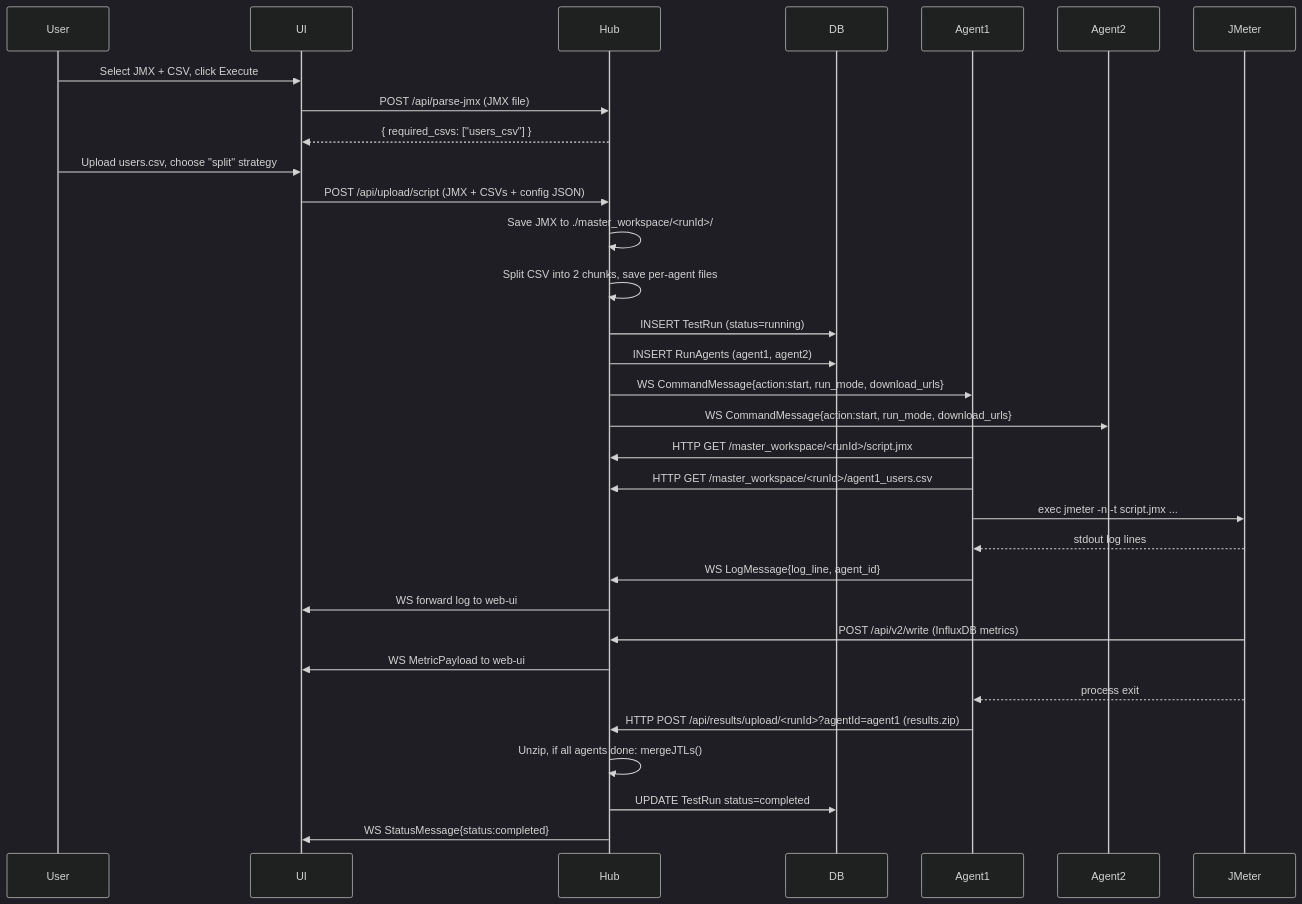
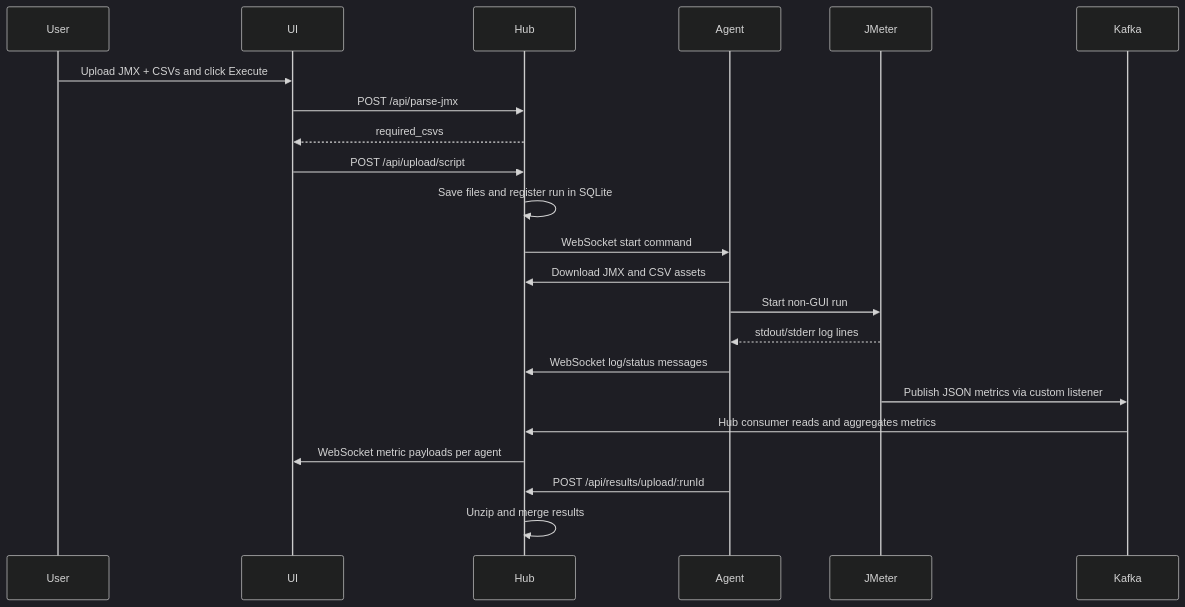
Before and after one commit to theYedhuBabu/JMeter-UI-Executor: the second of 2 diagrams in README.md, drawn with Mermaid (dark theme). The commit also changed other lines of this file and 9 other files, not shown here.

Commit message:
removed influx line protocol deps

````diff
--- a/README.md
+++ b/README.md
@@ -95,35 +144,25 @@
 ```mermaid
 sequenceDiagram
-    participant User
-    participant UI
-    participant Hub
-    participant DB
-    participant Agent1
-    participant Agent2
-    participant JMeter
+      participant User
+      participant UI
+      participant Hub
+      participant Agent
+      participant JMeter
+      participant Kafka
 
-    User->>UI: Select JMX + CSV, click Execute
-    UI->>Hub: POST /api/parse-jmx (JMX file)
-    Hub-->>UI: { required_csvs: ["users_csv"] }
-    User->>UI: Upload users.csv, choose "split" strategy
-    UI->>Hub: POST /api/upload/script (JMX + CSVs + config JSON)
-    Hub->>Hub: Save JMX to ./master_workspace/<runId>/
-    Hub->>Hub: Split CSV into 2 chunks, save per-agent files
-    Hub->>DB: INSERT TestRun (status=running)
-    Hub->>DB: INSERT RunAgents (agent1, agent2)
-    Hub->>Agent1: WS CommandMessage{action:start, run_mode, download_urls}
-    Hub->>Agent2: WS CommandMessage{action:start, run_mode, download_urls}
-    Agent1->>Hub: HTTP GET /master_workspace/<runId>/script.jmx
-    Agent1->>Hub: HTTP GET /master_workspace/<runId>/agent1_users.csv
-    Agent1->>JMeter: exec jmeter -n -t script.jmx ...
-    JMeter-->>Agent1: stdout log lines
-    Agent1->>Hub: WS LogMessage{log_line, agent_id}
-    Hub->>UI: WS forward log to web-ui
-    JMeter->>Hub: POST /api/v2/write (InfluxDB metrics)
-    Hub->>UI: WS MetricPayload to web-ui
-    JMeter-->>Agent1: process exit
-    Agent1->>Hub: HTTP POST /api/results/upload/<runId>?agentId=agent1 (results.zip)
-    Hub->>Hub: Unzip, if all agents done: mergeJTLs()
-    Hub->>DB: UPDATE TestRun status=completed
-    Hub->>UI: WS StatusMessage{status:completed}
+      User->>UI: Upload JMX + CSVs and click Execute
+      UI->>Hub: POST /api/parse-jmx
+      Hub-->>UI: required_csvs
+      UI->>Hub: POST /api/upload/script
+      Hub->>Hub: Save files and register run in SQLite
+      Hub->>Agent: WebSocket start command
+      Agent->>Hub: Download JMX and CSV assets
+      Agent->>JMeter: Start non-GUI run
+      JMeter-->>Agent: stdout/stderr log lines
+      Agent->>Hub: WebSocket log/status messages
+      JMeter->>Kafka: Publish JSON metrics via custom listener
+      Kafka->>Hub: Hub consumer reads and aggregates metrics
+      Hub->>UI: WebSocket metric payloads per agent
+      Agent->>Hub: POST /api/results/upload/:runId
+      Hub->>Hub: Unzip and merge results
 ```
````
